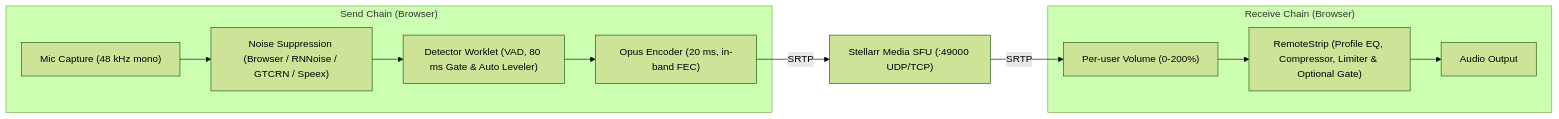
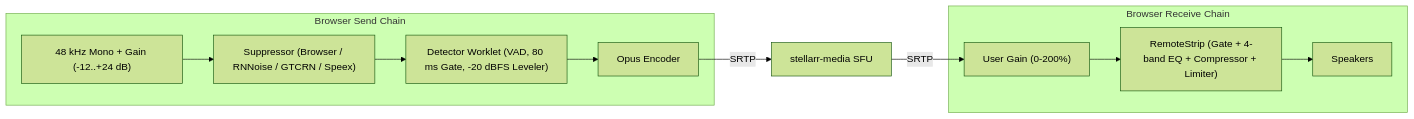
Before and after one commit to Arkazzae/Stellar: the second of 2 diagrams in docs/rtc-protocol.md, drawn with Mermaid (forest theme). The commit also changed other lines of this file and 17 other files, not shown here.

````diff
--- a/docs/rtc-protocol.md
+++ b/docs/rtc-protocol.md
@@ -183,17 +153,17 @@
 ```mermaid
 flowchart LR
-    subgraph Send["Send Chain (Browser)"]
-        Mic["Mic Capture (48 kHz mono)"] --> Denoise["Noise Suppression (Browser / RNNoise / GTCRN / Speex)"]
-        Denoise --> Detector["Detector Worklet (VAD, 80 ms Gate & Auto Leveler)"]
-        Detector --> Opus["Opus Encoder (20 ms, in-band FEC)"]
+    subgraph Send["Browser Send Chain"]
+        Mic["48 kHz Mono + Gain (-12..+24 dB)"] --> Denoise["Suppressor (Browser / RNNoise / GTCRN / Speex)"]
+        Denoise --> Detector["Detector Worklet (VAD, 80 ms Gate, -20 dBFS Leveler)"]
+        Detector --> Opus["Opus Encoder"]
     end
 
-    SFU["Stellarr Media SFU (:49000 UDP/TCP)"]
+    SFU["stellarr-media SFU"]
 
-    subgraph Receive["Receive Chain (Browser)"]
-        Vol["Per-user Volume (0-200%)"] --> Strip["RemoteStrip (Profile EQ, Compressor, Limiter & Optional Gate)"]
-        Strip --> Out["Audio Output"]
+    subgraph Receive["Browser Receive Chain"]
+        Vol["User Gain (0-200%)"] --> Strip["RemoteStrip (Gate + 4-band EQ + Compressor + Limiter)"]
+        Strip --> Out["Speakers"]
     end
 
     Opus -->|"SRTP"| SFU -->|"SRTP"| Vol
 ```
````
